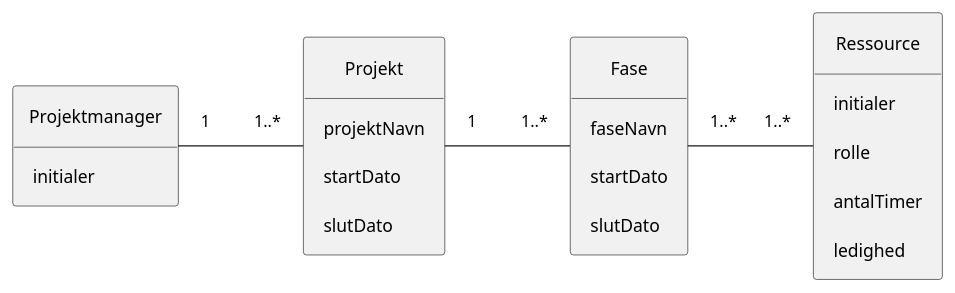
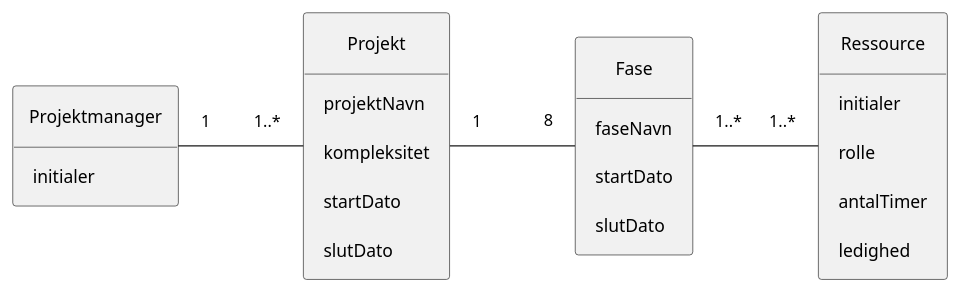
Before and after one commit to Rasmuus15/Eksamensprojekt-Novo: the diagram in Models/Novo-DomainModel.plantuml, drawn with PlantUML.

```diff
--- a/Models/Novo-DomainModel.plantuml
+++ b/Models/Novo-DomainModel.plantuml
@@ -1,50 +1,45 @@
 @startuml
 hide circle
 hide empty members
 
 skinparam padding 10
 skinparam nodesep 100
 skinparam ranksep 100
 
 Projektmanager "1" ---right--- "1..*" Projekt
-Fase "1..*" ---left--- "1" Projekt
+Fase "8" ---left--- "1" Projekt
 Fase "1..*" ---right--- "1..*" Ressource
-' Kompleksitet "1" ---right--- "1..*" Pro
-' Kompleksitet "1" ---right--- "1..*" Fase
-' Kompleksitet "1" ---right--- "1..*" Bemanding
 
 'Konceptuelle klasser
 Class Projektmanager
 {
     initialer
 }
 
 Class Ressource
 {
     initialer
     rolle
     antalTimer
     ledighed
 }
 
 Class Fase
 {
     faseNavn
     startDato
     slutDato
 }
 
 Class Projekt
 {
     projektNavn
+    kompleksitet
     startDato
     slutDato
 }
 
-' Class Kompleksitet
-' {
-'     kompleksitetsgrad
-' }
+
 
 
 @enduml
```
